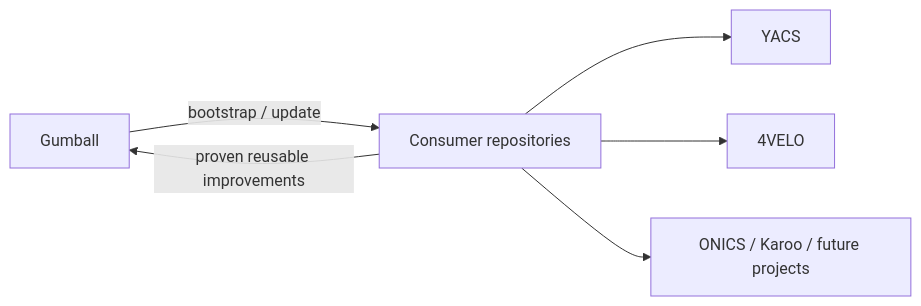
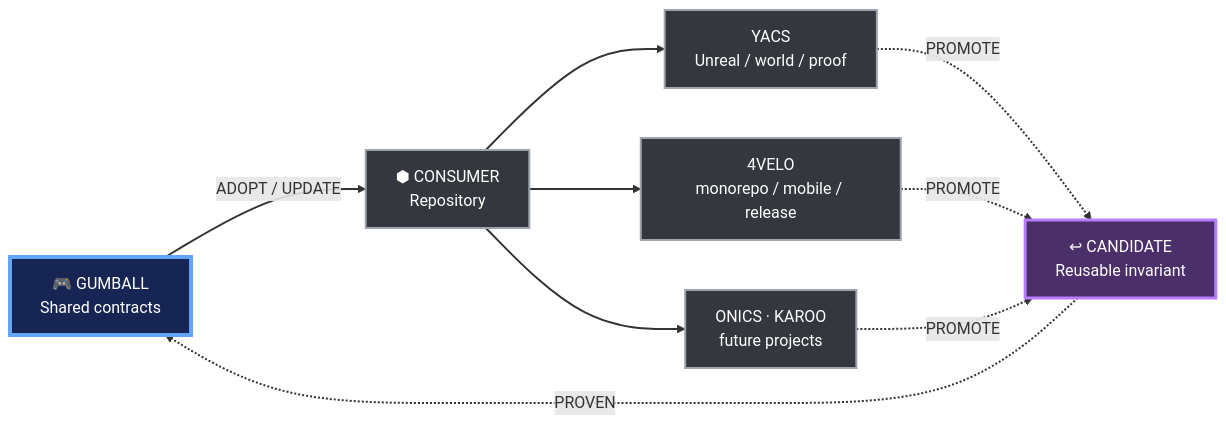
The diagram in README.md (karnalooch/engineering-platform), drawn with Mermaid before and after one commit. The commit also changed other lines of this file and 35 other files, not shown here.

First line of the commit message:
feat: Gumball v0.5 Repository OS and CI Cost Governor

````diff
--- a/README.md
+++ b/README.md
@@ -11,8 +11,21 @@
 ```mermaid
 flowchart LR
-    G["Gumball"] -->|"bootstrap / update"| P["Consumer repositories"]
-    P -->|"proven reusable improvements"| G
-    P --> Y["YACS"]
-    P --> V["4VELO"]
-    P --> O["ONICS / Karoo / future projects"]
+    G["🎮 GUMBALL<br/>Shared contracts"] -->|"ADOPT / UPDATE"| P["⬢ CONSUMER<br/>Repository"]
+    P --> Y["YACS<br/>Unreal / world / proof"]
+    P --> V["4VELO<br/>monorepo / mobile / release"]
+    P --> O["ONICS · KAROO<br/>future projects"]
+    Y -.->|"PROMOTE"| C["↩ CANDIDATE<br/>Reusable invariant"]
+    V -.->|"PROMOTE"| C
+    O -.->|"PROMOTE"| C
+    C -.->|"PROVEN"| G
+
+    classDef core fill:#172554,stroke:#60a5fa,color:#ffffff,stroke-width:4px;
+    classDef consumer fill:#34373d,stroke:#9da4ae,color:#ffffff,stroke-width:2px;
+    classDef tool fill:#4b2f69,stroke:#b77cff,color:#ffffff,stroke-width:3px;
+
+    class G core;
+    class P,Y,V,O consumer;
+    class C tool;
+
+    linkStyle default stroke-width:2px;
 ```
````
